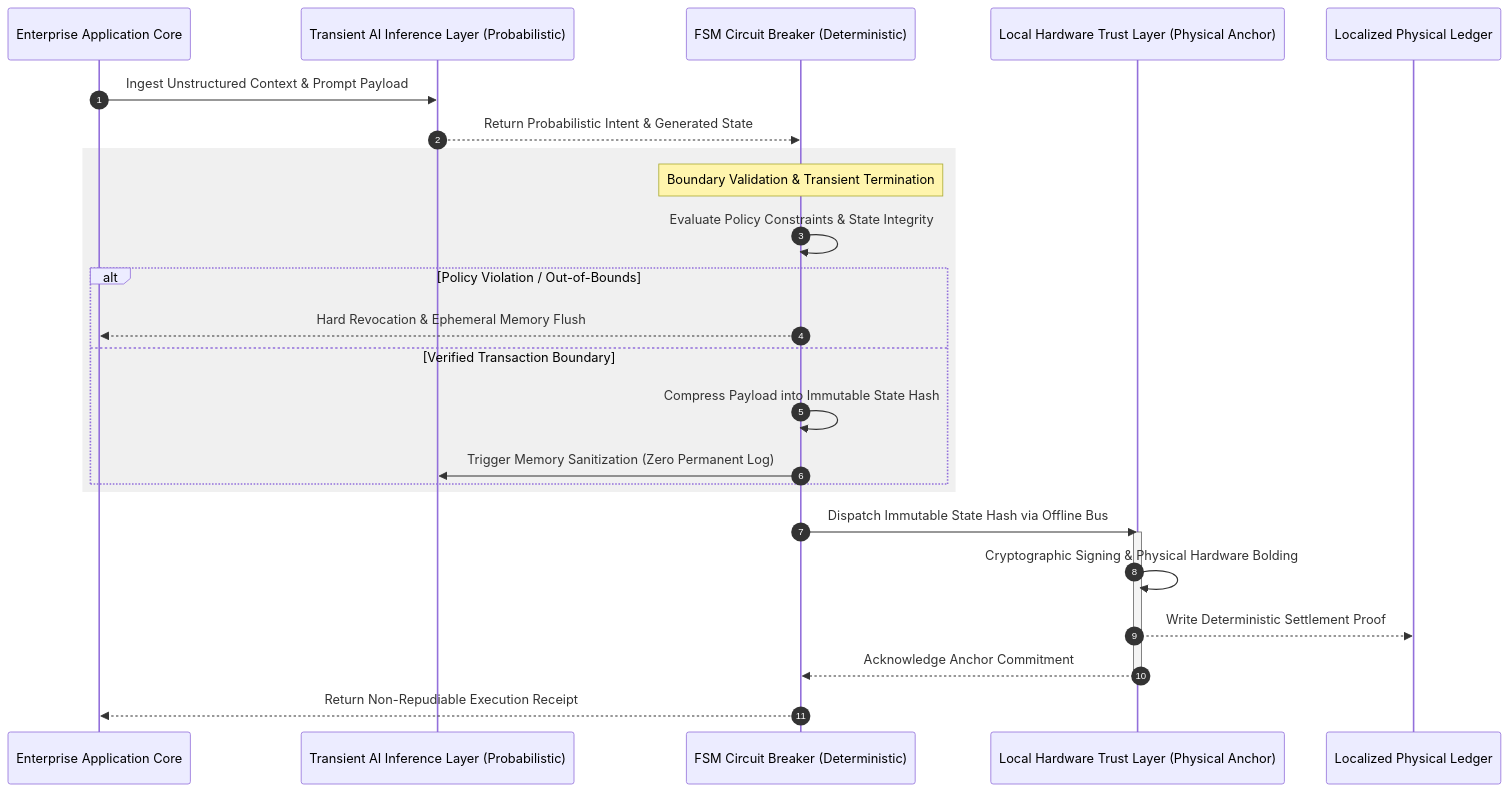
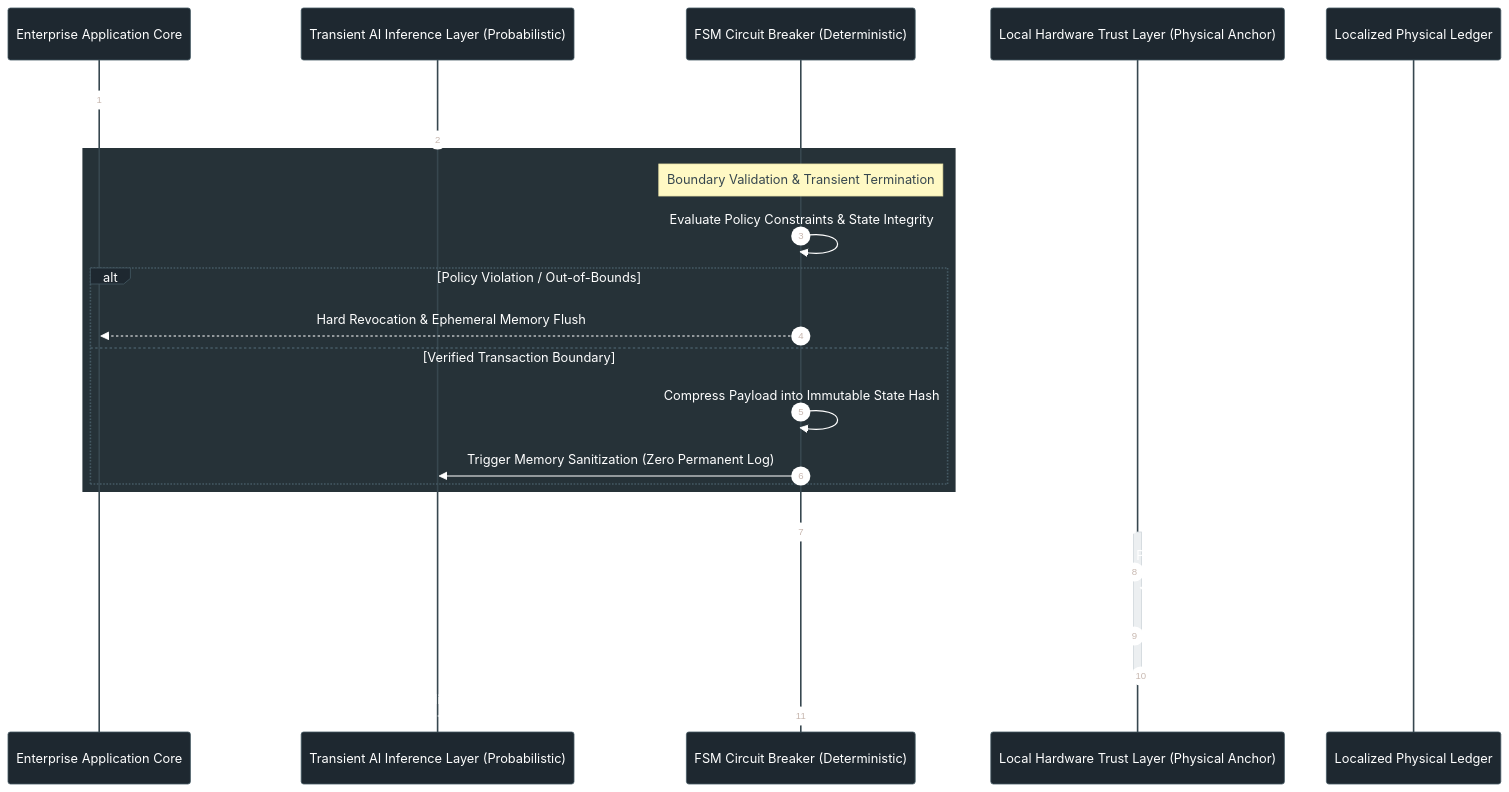
The diagram in docs/10_SIA-Spec-Physical-Anchor-Selection.md (26200602/SIA-Agentic-AI-Architecture), drawn with Mermaid before and after one commit.

Commit message:
Update 10_SIA-Spec-Physical-Anchor-Selection.md
mermaid chart color updated

````diff
--- a/docs/10_SIA-Spec-Physical-Anchor-Selection.md
+++ b/docs/10_SIA-Spec-Physical-Anchor-Selection.md
@@ -40,32 +40,50 @@
 ```mermaid
+%%{
+  init: {
+    'theme': 'base',
+    'themeVariables': {
+      'primaryColor': '#2b3945',
+      'primaryTextColor': '#ffffff',
+      'primaryBorderColor': '#455a64',
+      'lineColor': '#37474f',
+      'secondaryColor': '#eceff1',
+      'tertiaryColor': '#ffffff',
+      'noteBkgColor': '#fff9c4',
+      'noteTextColor': '#37474f',
+      'actorBkg': '#1e2830',
+      'actorTextColor': '#ffffff',
+      'actorLineColor': '#37474f'
+    }
+  }
+}%%
 sequenceDiagram
     autonumber
     participant App as Enterprise Application Core
     participant LLM as Transient AI Inference Layer (Probabilistic)
     participant FSM as FSM Circuit Breaker (Deterministic)
     participant HSM as Local Hardware Trust Layer (Physical Anchor)
     participant Ledger as Localized Physical Ledger
 
     App->>LLM: Ingest Unstructured Context & Prompt Payload
     LLM-->>FSM: Return Probabilistic Intent & Generated State
     
-    rect rgb(240, 240, 240)
+    rect rgb(38, 50, 56)
         note over FSM: Boundary Validation & Transient Termination
         FSM->>FSM: Evaluate Policy Constraints & State Integrity
         alt Policy Violation / Out-of-Bounds
             FSM-->>App: Hard Revocation & Ephemeral Memory Flush
         else Verified Transaction Boundary
             FSM->>FSM: Compress Payload into Immutable State Hash
             FSM->>LLM: Trigger Memory Sanitization (Zero Permanent Log)
         end
     end
 
     FSM->>HSM: Dispatch Immutable State Hash via Offline Bus
     activate HSM
     HSM->>HSM: Cryptographic Signing & Physical Hardware Bolding
     HSM-->>Ledger: Write Deterministic Settlement Proof
     HSM-->>FSM: Acknowledge Anchor Commitment
     deactivate HSM
 
     FSM-->>App: Return Non-Repudiable Execution Receipt
 ```
````
